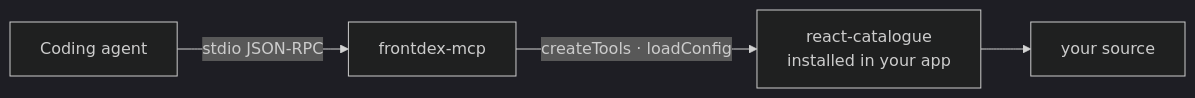
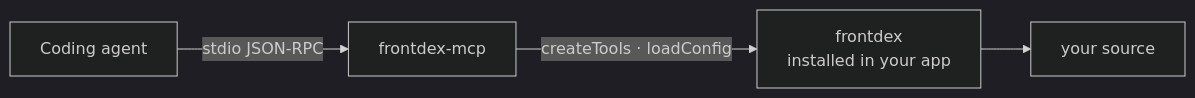
Before and after one commit to Prathmesh2000/frontdex-mcp: the diagram in README.md, drawn with Mermaid (dark theme). The commit also changed other lines of this file and 5 other files, not shown here.

First line of the commit message:
Follow the core rename: react-catalogue -> frontdex

````diff
--- a/README.md
+++ b/README.md
@@ -5,6 +5,6 @@
 ```mermaid
 flowchart LR
   Agent[Coding agent] -- stdio JSON-RPC --> MCP[frontdex-mcp]
-  MCP -- createTools · loadConfig --> Core[react-catalogue<br/>installed in your app]
+  MCP -- createTools · loadConfig --> Core[frontdex<br/>installed in your app]
   Core --> Src[your source]
 ```
````
